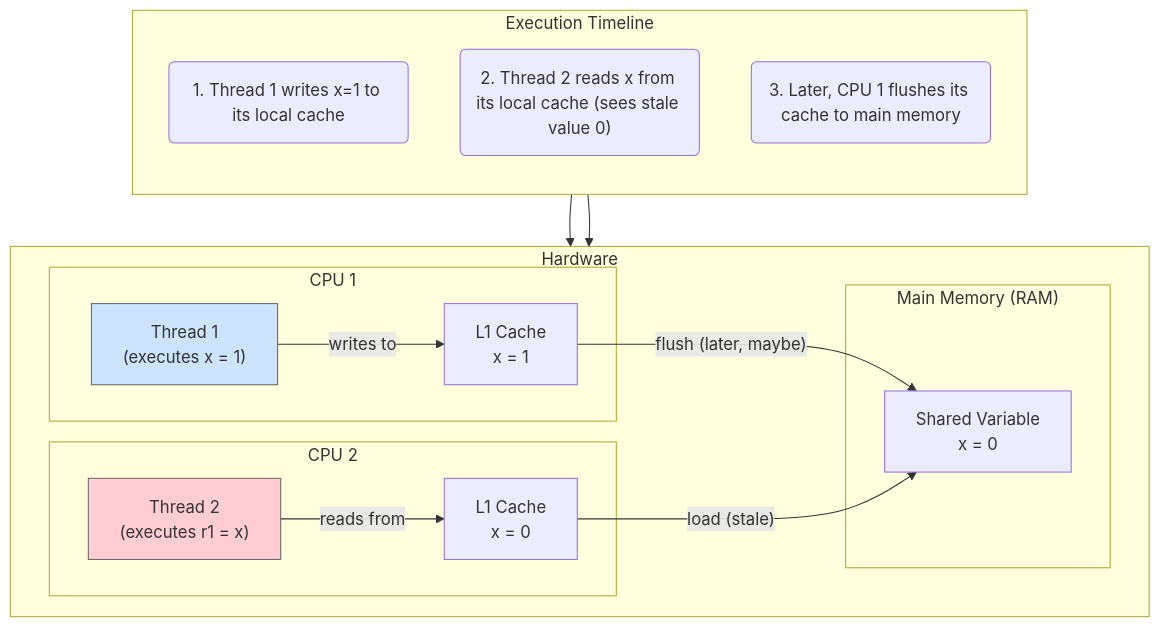
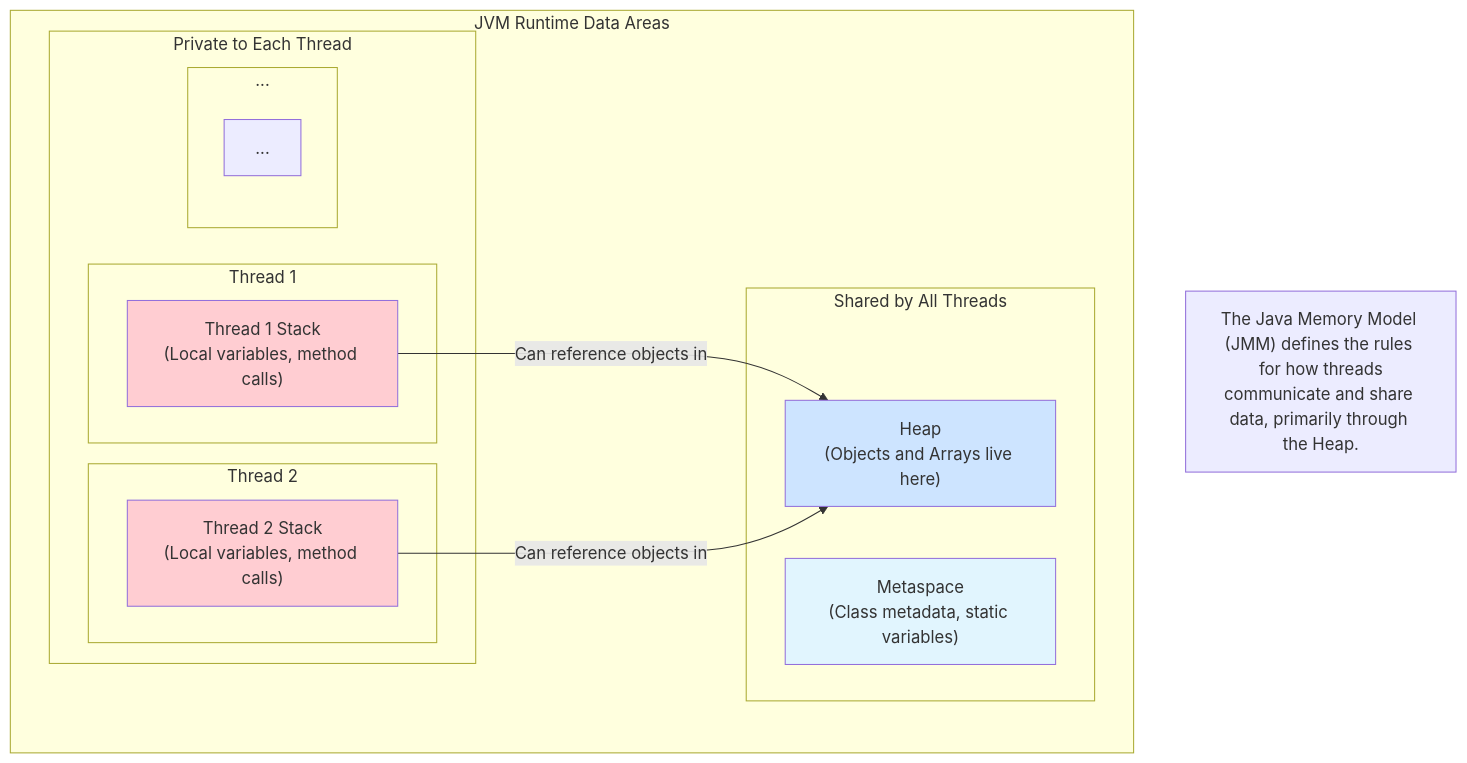
Before and after one commit to abhinandanpawar/Learning: the first of 3 diagrams in java-notes/11-Java-Memory-Model/README.md, drawn with Mermaid. The commit also changed other lines of this file and 9 other files, not shown here.

````diff
--- a/java-notes/11-Java-Memory-Model/README.md
+++ b/java-notes/11-Java-Memory-Model/README.md
@@ -40,35 +10,33 @@
 ```mermaid
 graph TD
-    subgraph "Hardware"
+    subgraph "JVM Runtime Data Areas"
         direction LR
-        subgraph "CPU 1"
-            T1["Thread 1<br/>(executes x = 1)"]
-            C1["L1 Cache<br/>x = 1"]
+
+        subgraph "Shared by All Threads"
+            Heap["Heap<br>(Objects and Arrays live here)"]
+            Metaspace["Metaspace<br>(Class metadata, static variables)"]
         end
-        subgraph "CPU 2"
-            T2["Thread 2<br/>(executes r1 = x)"]
-            C2["L1 Cache<br/>x = 0"]
-        end
-        subgraph "Main Memory (RAM)"
-            M["Shared Variable<br/>x = 0"]
+
+        subgraph "Private to Each Thread"
+            subgraph "Thread 1"
+                T1_Stack["Thread 1 Stack<br>(Local variables, method calls)"]
+            end
+            subgraph "Thread 2"
+                T2_Stack["Thread 2 Stack<br>(Local variables, method calls)"]
+            end
+            subgraph "..."
+                T_Etc["..."]
+            end
         end
     end
 
-    T1 -- "writes to" --> C1
-    T2 -- "reads from" --> C2
-    C1 -- "flush (later, maybe)" --> M
-    C2 -- "load (stale)" --> M
+    T1_Stack -- "Can reference objects in" --> Heap
+    T2_Stack -- "Can reference objects in" --> Heap
 
-    subgraph "Execution Timeline"
-        direction TD
-        step1("1. Thread 1 writes x=1 to its local cache")
-        step2("2. Thread 2 reads x from its local cache (sees stale value 0)")
-        step3("3. Later, CPU 1 flushes its cache to main memory")
-    end
+    note["The Java Memory Model (JMM) defines the rules for how threads<br>communicate and share data, primarily through the Heap."]
 
-    step1 --> T1
-    step2 --> T2
-
-    style T1 fill:#cde4ff,stroke:#666
-    style T2 fill:#ffcdd2,stroke:#666
+    style Heap fill:#cde4ff
+    style Metaspace fill:#e1f5fe
+    style T1_Stack fill:#ffcdd2
+    style T2_Stack fill:#ffcdd2
 ```
````
